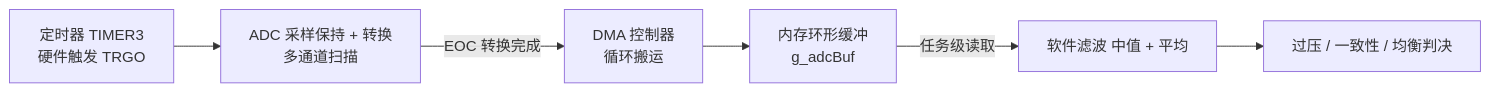
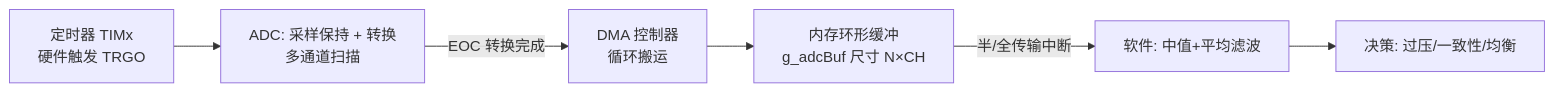
Diagram 11 of 12 in articles/p10-adc.md (1208826038/embedded-skill-notes), drawn with Mermaid before and after one commit. The commit also changed other lines of this file, not shown here.

````diff
--- a/articles/p10-adc.md
+++ b/articles/p10-adc.md
@@ -89,8 +556,8 @@
 ```mermaid
 flowchart LR
-  T[定时器 TIMER3<br/>硬件触发 TRGO] --> A[ADC 采样保持 + 转换<br/>多通道扫描]
+  T[定时器 TIMx<br/>硬件触发 TRGO] --> A[ADC: 采样保持 + 转换<br/>多通道扫描]
   A -->|EOC 转换完成| D[DMA 控制器<br/>循环搬运]
-  D --> M[内存环形缓冲<br/>g_adcBuf]
-  M -->|任务级读取| F[软件滤波 中值 + 平均]
-  F --> R[过压 / 一致性 / 均衡判决]
+  D --> M["内存环形缓冲<br/>g_adcBuf 尺寸 N×CH"]
+  M -->|半/全传输中断| F[软件: 中值+平均滤波]
+  F --> R[决策: 过压/一致性/均衡]
 ```
````
